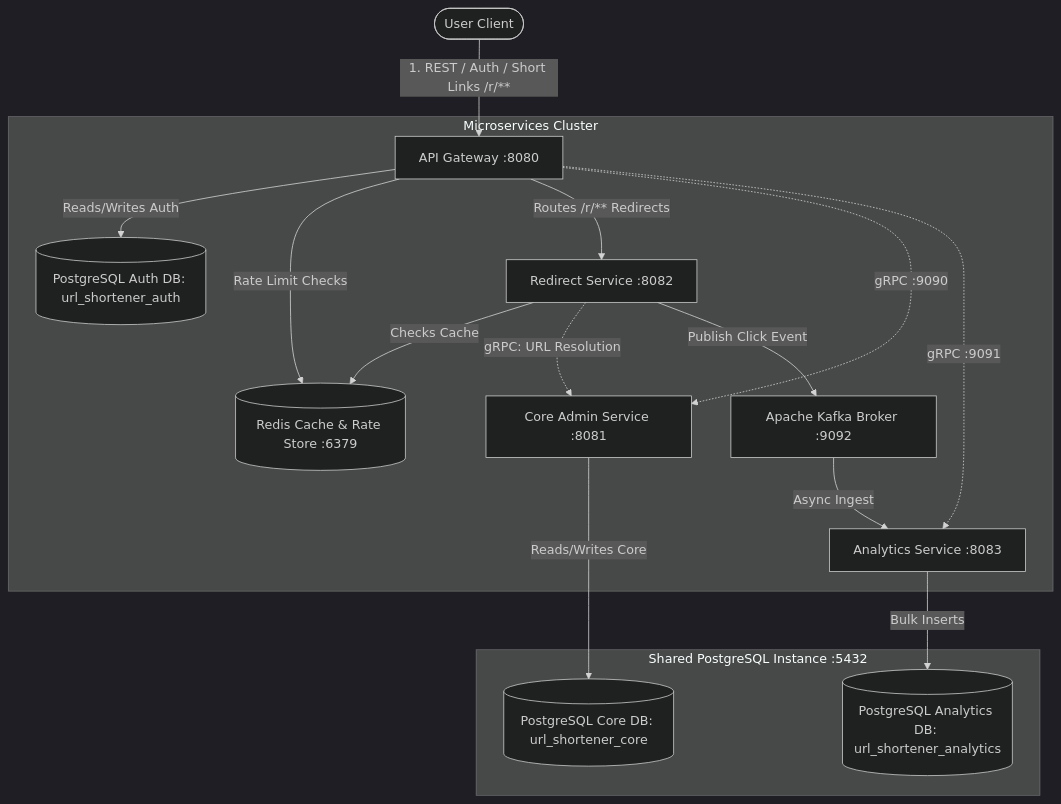
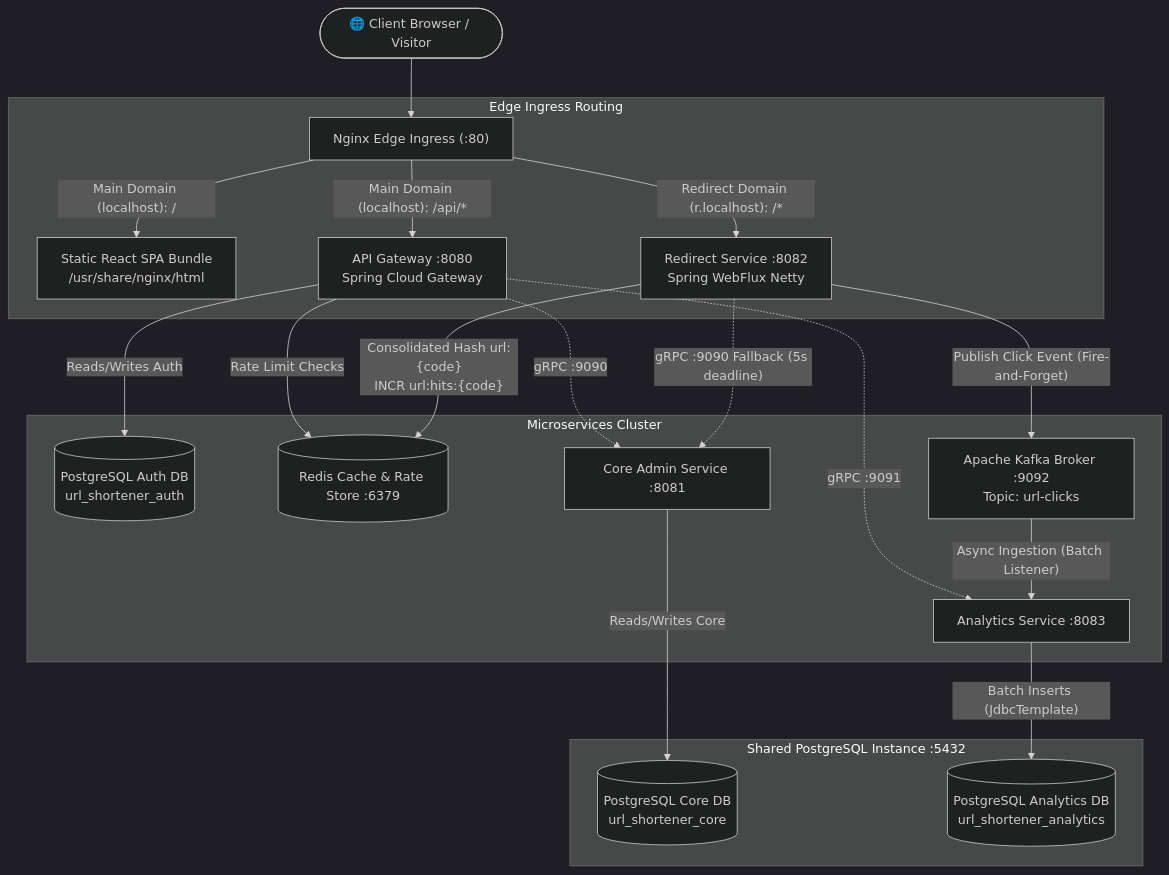
The first of 3 diagrams in docs/url_shortener_design_doc.md (TheFastest599/url-shortener), drawn with Mermaid (dark theme) before and after one commit. The commit also changed other lines of this file and 32 other files, not shown here.

````diff
--- a/docs/url_shortener_design_doc.md
+++ b/docs/url_shortener_design_doc.md
@@ -49,31 +49,36 @@
 ```mermaid
 graph TD
-    User([User Client]) -->|1. REST / Auth / Short Links /r/**| API_Gateway[API Gateway :8080]
+    Client(["🌐 Client Browser / Visitor"]) --> Ingress["Nginx Edge Ingress (:80)"]
+    
+    subgraph Edge Ingress Routing
+        Ingress -->|"Main Domain (localhost): /"| ReactSPA["Static React SPA Bundle<br/>/usr/share/nginx/html"]
+        Ingress -->|"Main Domain (localhost): /api/*"| API_Gateway["API Gateway :8080<br/>Spring Cloud Gateway"]
+        Ingress -->|"Redirect Domain (r.localhost): /*"| MS_Redirect["Redirect Service :8082<br/>Spring WebFlux Netty"]
+    end
 
     subgraph Microservices Cluster
         %% API Gateway & Auth
-        API_Gateway -->|Reads/Writes Auth| DB_Auth[(PostgreSQL Auth DB: url_shortener_auth)]
-        API_Gateway -->|Rate Limit Checks| Redis_Shared[(Redis Cache & Rate Store :6379)]
-        API_Gateway -->|Routes /r/** Redirects| MS_Redirect[Redirect Service :8082]
+        API_Gateway -->|Reads/Writes Auth| DB_Auth[("PostgreSQL Auth DB<br/>url_shortener_auth")]
+        API_Gateway -->|Rate Limit Checks| Redis_Shared[("Redis Cache & Rate Store :6379")]
 
         %% gRPC Channels
-        API_Gateway -.->|gRPC :9090| MS_Core[Core Admin Service :8081]
-        API_Gateway -.->|gRPC :9091| MS_Analytics[Analytics Service :8083]
+        API_Gateway -.->|"gRPC :9090"| MS_Core["Core Admin Service :8081"]
+        API_Gateway -.->|"gRPC :9091"| MS_Analytics["Analytics Service :8083"]
 
         %% Redirect Service
-        MS_Redirect -->|Checks Cache| Redis_Shared
-        MS_Redirect -.->|gRPC: URL Resolution| MS_Core
-        MS_Redirect -->|Publish Click Event| KafkaBroker[Apache Kafka Broker :9092]
+        MS_Redirect -->|"Consolidated Hash url:{code}<br/>INCR url:hits:{code}"| Redis_Shared
+        MS_Redirect -.->|"gRPC :9090 Fallback (5s deadline)"| MS_Core
+        MS_Redirect -->|"Publish Click Event (Fire-and-Forget)"| KafkaBroker["Apache Kafka Broker :9092<br/>Topic: url-clicks"]
     end
 
     subgraph Shared PostgreSQL Instance :5432
         DB_Auth
-        DB_Core[(PostgreSQL Core DB: url_shortener_core)]
-        DB_Analytics[(PostgreSQL Analytics DB: url_shortener_analytics)]
+        DB_Core[("PostgreSQL Core DB<br/>url_shortener_core")]
+        DB_Analytics[("PostgreSQL Analytics DB<br/>url_shortener_analytics")]
     end
 
     %% Core & Analytics DBs
     MS_Core -->|Reads/Writes Core| DB_Core
-    KafkaBroker -->|Async Ingest| MS_Analytics
-    MS_Analytics -->|Bulk Inserts| DB_Analytics
+    KafkaBroker -->|"Async Ingestion (Batch Listener)"| MS_Analytics
+    MS_Analytics -->|"Batch Inserts (JdbcTemplate)"| DB_Analytics
 ```
````
